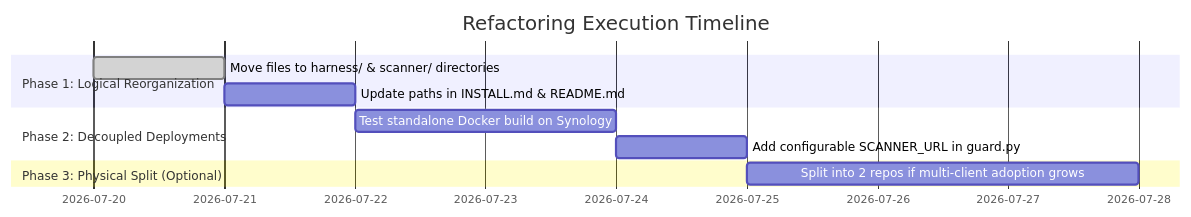
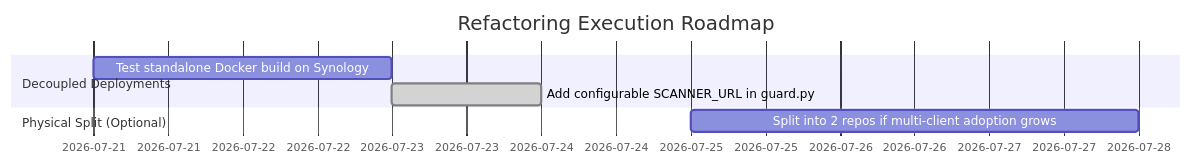
The diagram in docs/repository_split_and_refactoring_plan.md (SediDeVone/ai-security-framework), drawn with Mermaid before and after one commit. The commit also changed other lines of this file and 4 other files, not shown here.

````diff
--- a/docs/repository_split_and_refactoring_plan.md
+++ b/docs/repository_split_and_refactoring_plan.md
@@ -105,13 +105,10 @@
 ```mermaid
 gantt
-    title Refactoring Execution Timeline
+    title Refactoring Execution Roadmap
     dateFormat  YYYY-MM-DD
-    section Phase 1: Logical Reorganization
-    Move files to harness/ & scanner/ directories :done, p1, 2026-07-20, 1d
-    Update paths in INSTALL.md & README.md        :p2, after p1, 1d
-    section Phase 2: Decoupled Deployments
-    Test standalone Docker build on Synology       :p3, after p2, 2d
-    Add configurable SCANNER_URL in guard.py      :p4, after p3, 1d
-    section Phase 3: Physical Split (Optional)
+    section Decoupled Deployments
+    Test standalone Docker build on Synology       :p3, 2026-07-21, 2d
+    Add configurable SCANNER_URL in guard.py      :done, p4, 2026-07-23, 1d
+    section Physical Split (Optional)
     Split into 2 repos if multi-client adoption grows :p5, 2026-07-25, 3d
 ```
````
